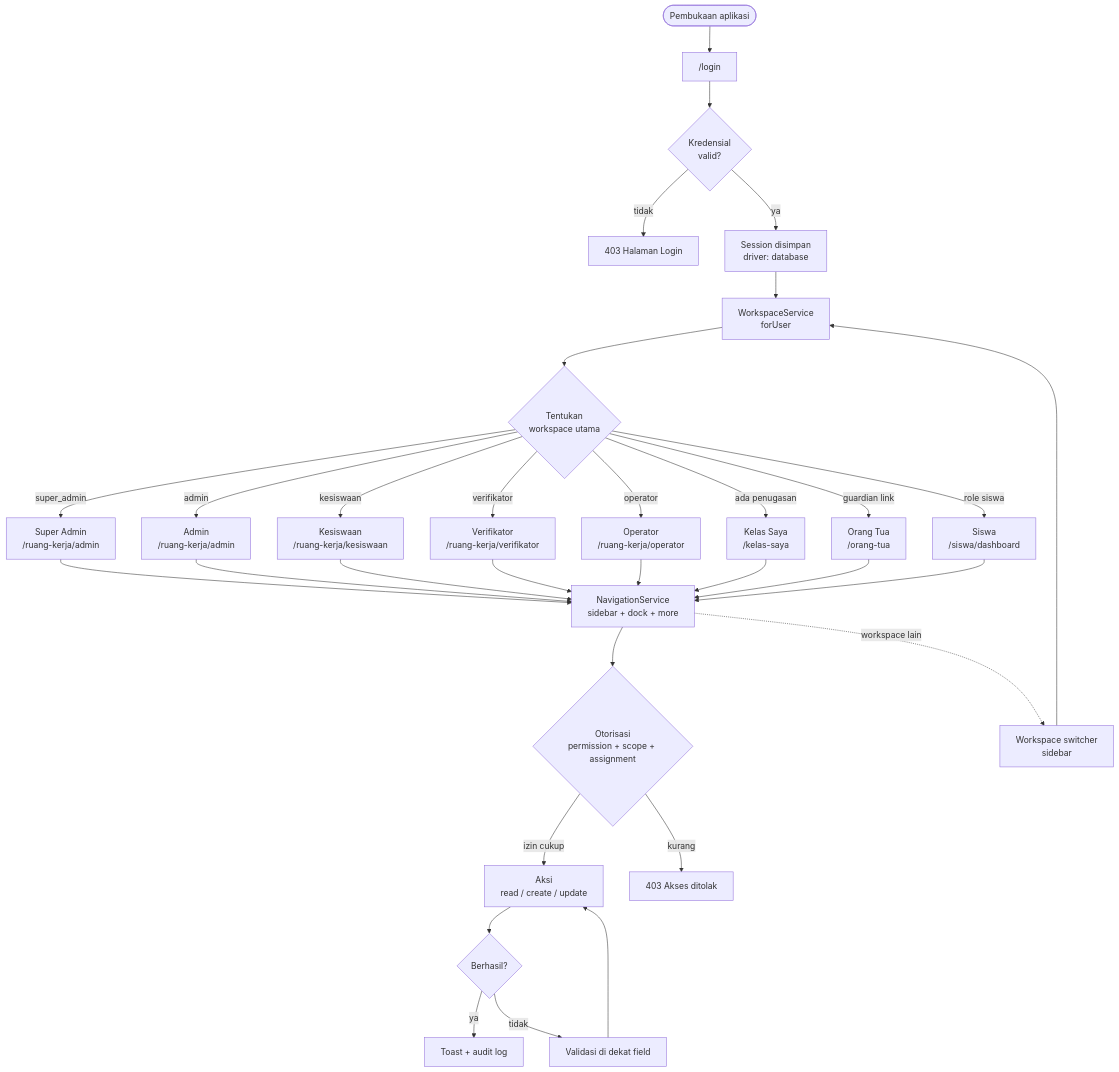
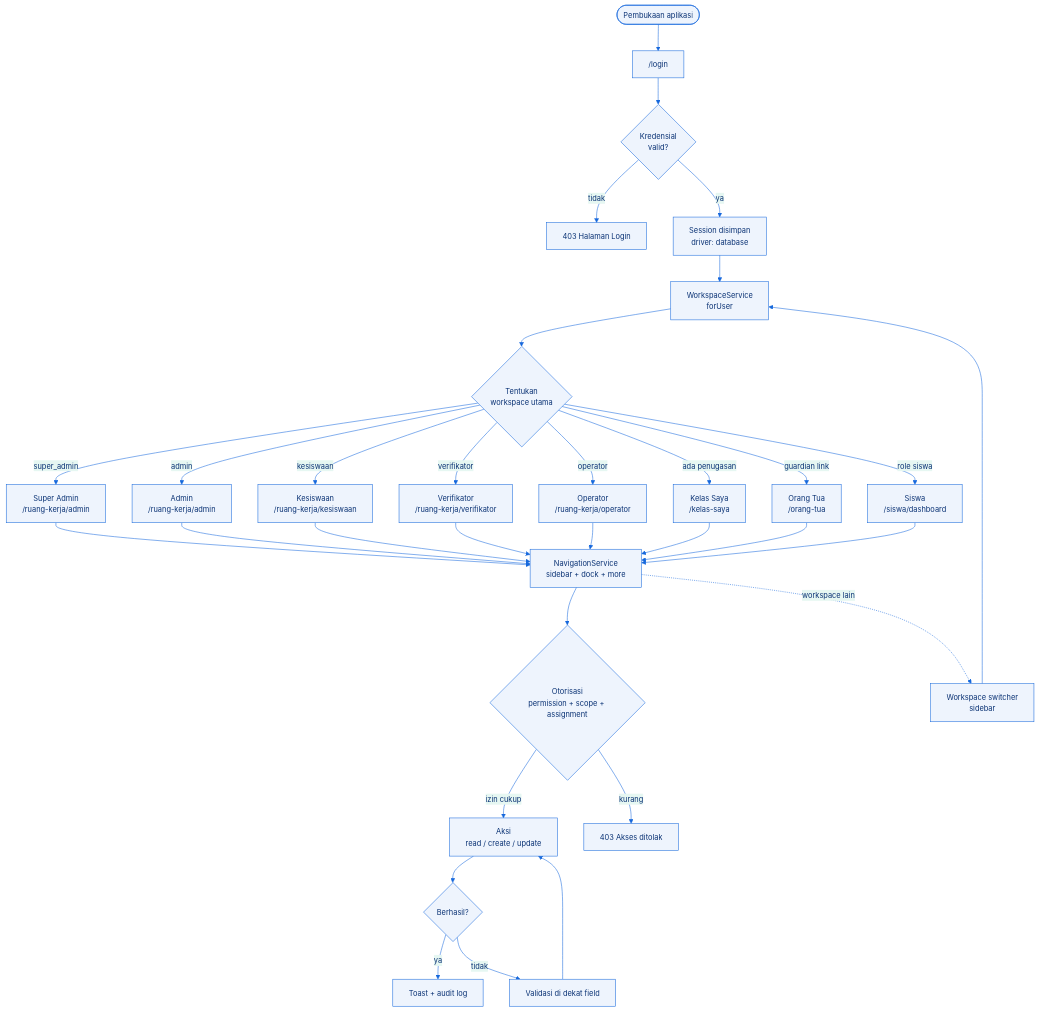
The diagram in docs/diagrams/system-flow.mmd (pujosety/Sistem-Informasi-Data-Siswa), drawn with Mermaid before and after one commit. The commit also changed 77 other files, not shown here.

```diff
--- a/docs/diagrams/system-flow.mmd
+++ b/docs/diagrams/system-flow.mmd
@@ -1,41 +1,49 @@
-%% Overall request flow: how a user reaches the surface built for their job.
+%% SIDA brand theme — deep navy anchor, royal blue accent, teal for
+%% progress. Semantic meaning is preserved: success stays green,
+%% warning amber, danger red.
+%%{init: {"theme": "base", "themeVariables": {"primaryColor": "#eef4fd", "primaryTextColor": "#0b3375", "primaryBorderColor": "#1668dc", "lineColor": "#1668dc", "secondaryColor": "#e6f7f2", "tertiaryColor": "#f5f7fb", "fontFamily": "Inter, ui-sans-serif, system-ui, sans-serif", "fontSize": "14px"}}}%%
+
+%% progress. Semantic meaning is preserved: success stays green, warning
+%% amber, danger red. Only the chrome takes the brand colour.
+
+
 flowchart TD
     START([Pembukaan aplikasi]) --> LOGIN["/login"]
     LOGIN --> AUTH{"Kredensial<br/>valid?"}
     AUTH -->|tidak| ERR403["403 Halaman Login"]
     AUTH -->|ya| SESSION["Session disimpan<br/>driver: database"]
 
     SESSION --> WS["WorkspaceService<br/>forUser"]
 
     WS --> TIERTIER{"Tentukan<br/>workspace utama"}
 
     TIERTIER -->|super_admin| W1["Super Admin<br/>/ruang-kerja/admin"]
     TIERTIER -->|admin| W2["Admin<br/>/ruang-kerja/admin"]
     TIERTIER -->|kesiswaan| W3["Kesiswaan<br/>/ruang-kerja/kesiswaan"]
     TIERTIER -->|verifikator| W4["Verifikator<br/>/ruang-kerja/verifikator"]
     TIERTIER -->|operator| W5["Operator<br/>/ruang-kerja/operator"]
     TIERTIER -->|ada penugasan| W6["Kelas Saya<br/>/kelas-saya"]
     TIERTIER -->|guardian link| W7["Orang Tua<br/>/orang-tua"]
     TIERTIER -->|role siswa| W8["Siswa<br/>/siswa/dashboard"]
 
     W1 --> NAV["NavigationService<br/>sidebar + dock + more"]
     W2 --> NAV
     W3 --> NAV
     W4 --> NAV
     W5 --> NAV
     W6 --> NAV
     W7 --> NAV
     W8 --> NAV
 
     NAV --> AUTHZ{"Otorisasi<br/>permission + scope + assignment"}
 
     AUTHZ -->|izin cukup| ACTION["Aksi<br/>read / create / update"]
     AUTHZ -->|kurang| DENIED["403 Akses ditolak"]
 
     ACTION --> CONFIRM{"Berhasil?"}
     CONFIRM -->|ya| FEEDBACK["Toast + audit log"]
     CONFIRM -->|tidak| VALIDATE["Validasi di dekat field"]
     VALIDATE --> ACTION
 
     NAV -.->|"workspace lain"| SWITCH["Workspace switcher<br/>sidebar"]
     SWITCH --> WS
```
